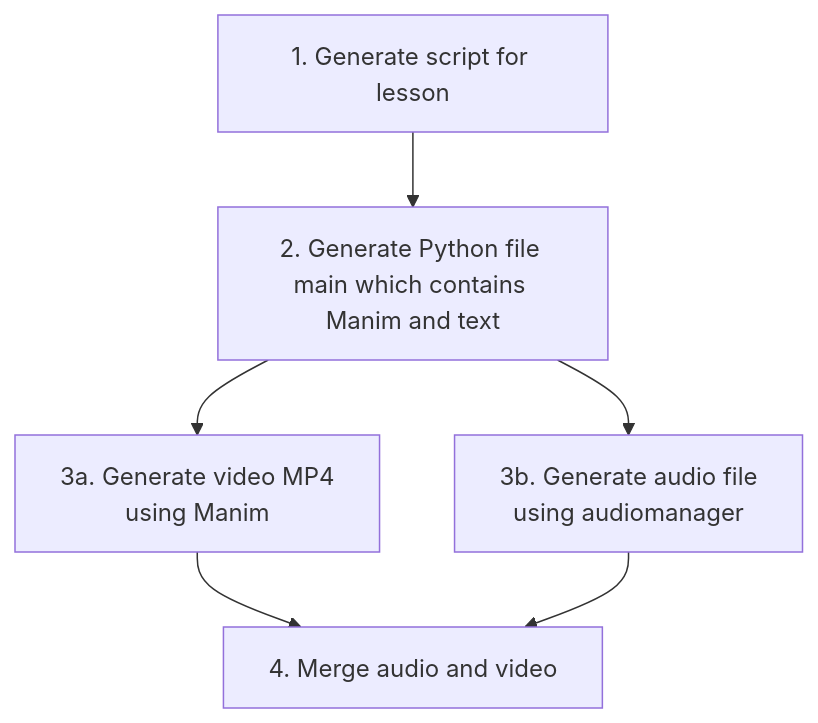
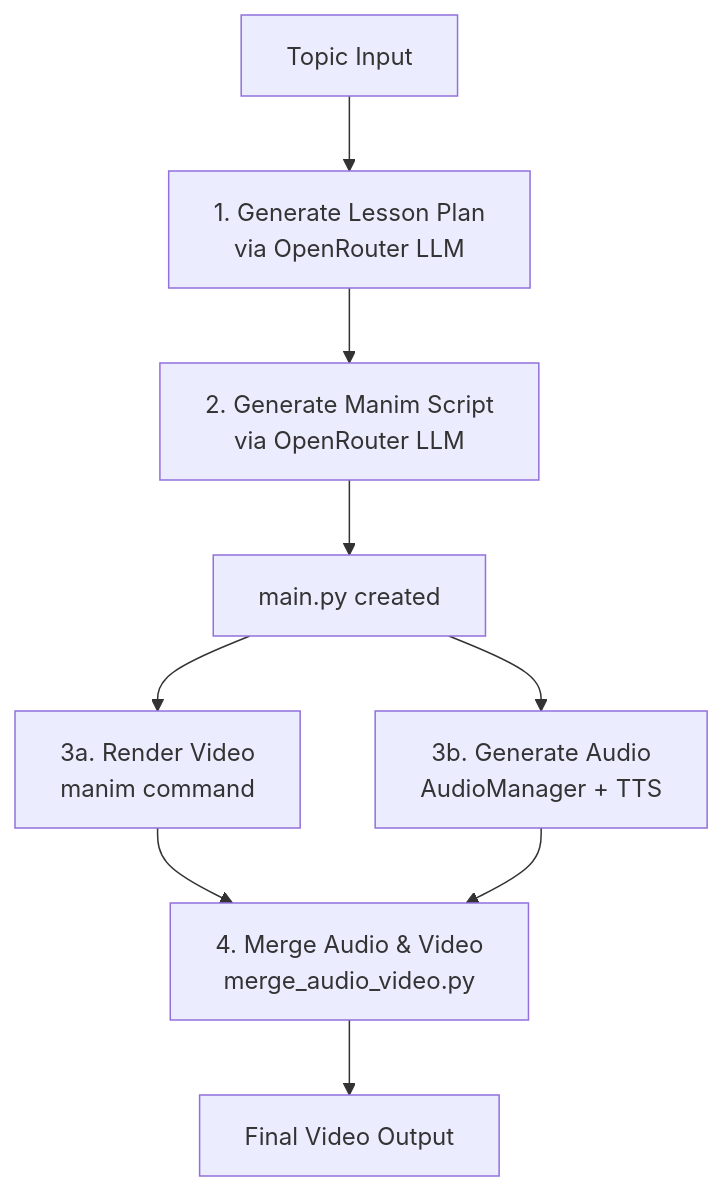
One commit to pizzaburgare/grasp changed the diagram in README.md. Above: the diagram before and after it, drawn with Mermaid. The commit also changed other lines of this file and 12 other files, not shown here.

````diff
--- a/README.md
+++ b/README.md
@@ -18,8 +53,11 @@
 ```mermaid
 flowchart TD
-    A[1. Generate script for lesson] --> B[2. Generate Python file main which contains Manim and text]
-    B --> C[3a. Generate video MP4<br>using Manim]
-    B --> D[3b. Generate audio file<br>using audiomanager]
-    C --> E[4. Merge audio and video]
-    D --> E
+    A[Topic Input] --> B[1. Generate Lesson Plan<br>via OpenRouter LLM]
+    B --> C[2. Generate Manim Script<br>via OpenRouter LLM]
+    C --> D[main.py created]
+    D --> E[3a. Render Video<br>manim command]
+    D --> F[3b. Generate Audio<br>AudioManager + TTS]
+    E --> G[4. Merge Audio & Video<br>merge_audio_video.py]
+    F --> G
+    G --> H[Final Video Output]
 ```
````
